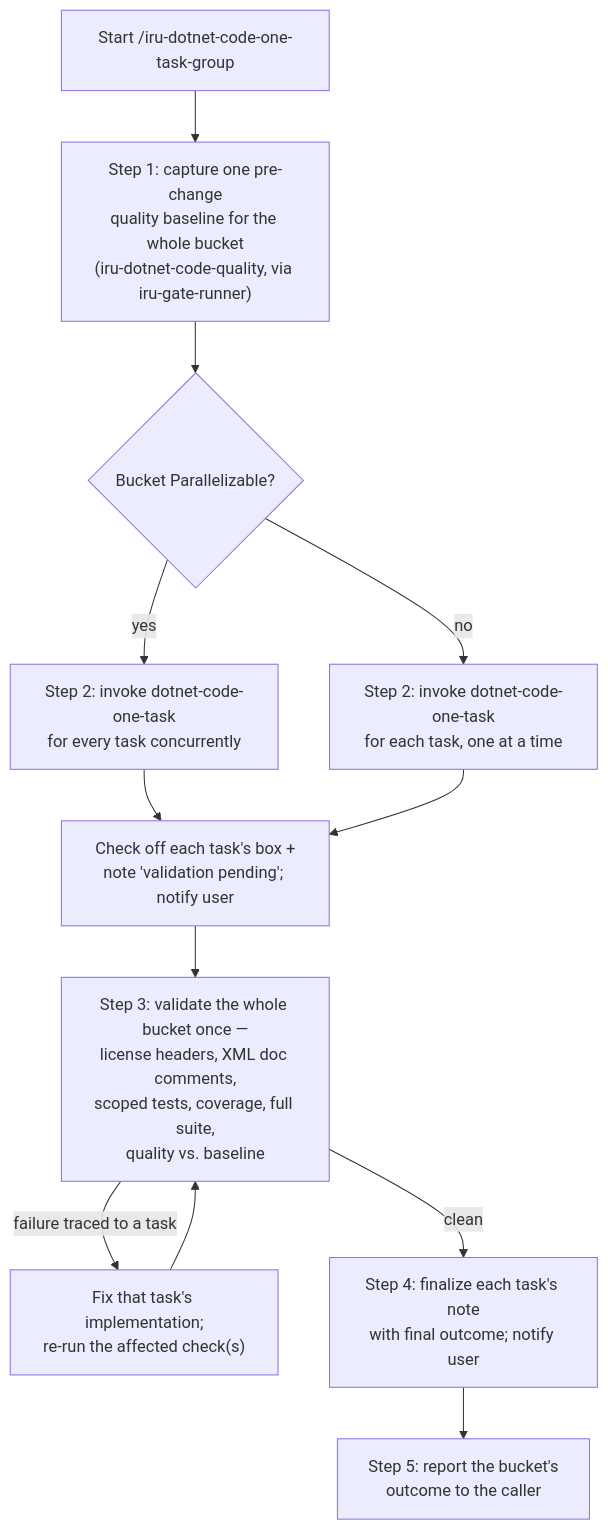
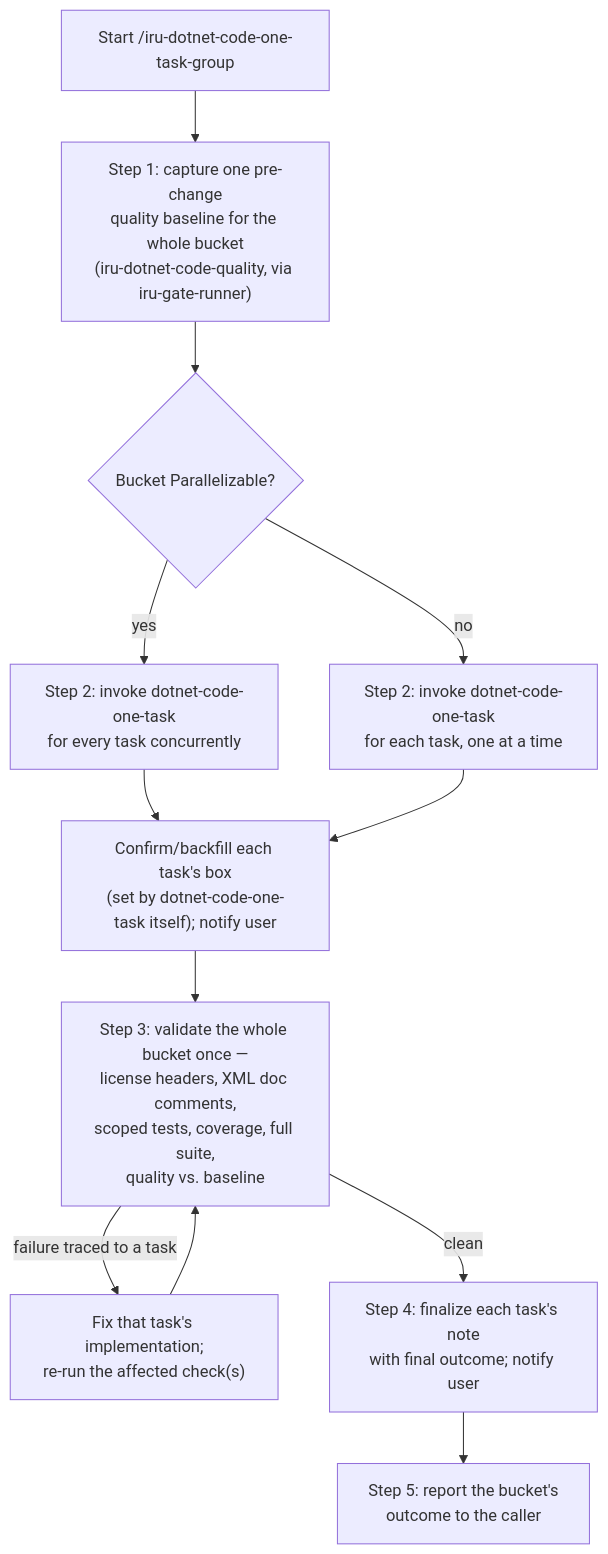
The diagram in docs/modules/ROOT/pages/skills/iru-dotnet-code-one-task-group.adoc (albertoirurueta/ai-catalog), drawn with Mermaid before and after one commit. The commit also changed other lines of this file and 3 other files, not shown here.

```diff
--- a/docs/modules/ROOT/pages/skills/iru-dotnet-code-one-task-group.adoc
+++ b/docs/modules/ROOT/pages/skills/iru-dotnet-code-one-task-group.adoc
@@ -64,15 +68,15 @@
 [mermaid]
 ....
 flowchart TD
     A[Start /iru-dotnet-code-one-task-group] --> B["Step 1: capture one pre-change\nquality baseline for the whole bucket\n(iru-dotnet-code-quality, via iru-gate-runner)"]
     B --> C{Bucket Parallelizable?}
     C -- yes --> D["Step 2: invoke dotnet-code-one-task\nfor every task concurrently"]
     C -- no --> E["Step 2: invoke dotnet-code-one-task\nfor each task, one at a time"]
-    D --> F["Check off each task's box +\nnote 'validation pending'; notify user"]
+    D --> F["Confirm/backfill each task's box\n(set by dotnet-code-one-task itself); notify user"]
     E --> F
     F --> G["Step 3: validate the whole bucket once —\nlicense headers, XML doc comments,\nscoped tests, coverage, full suite,\nquality vs. baseline"]
     G -- failure traced to a task --> H["Fix that task's implementation;\nre-run the affected check(s)"]
     H --> G
     G -- clean --> I["Step 4: finalize each task's note\nwith final outcome; notify user"]
     I --> J["Step 5: report the bucket's\noutcome to the caller"]
 ....
```
